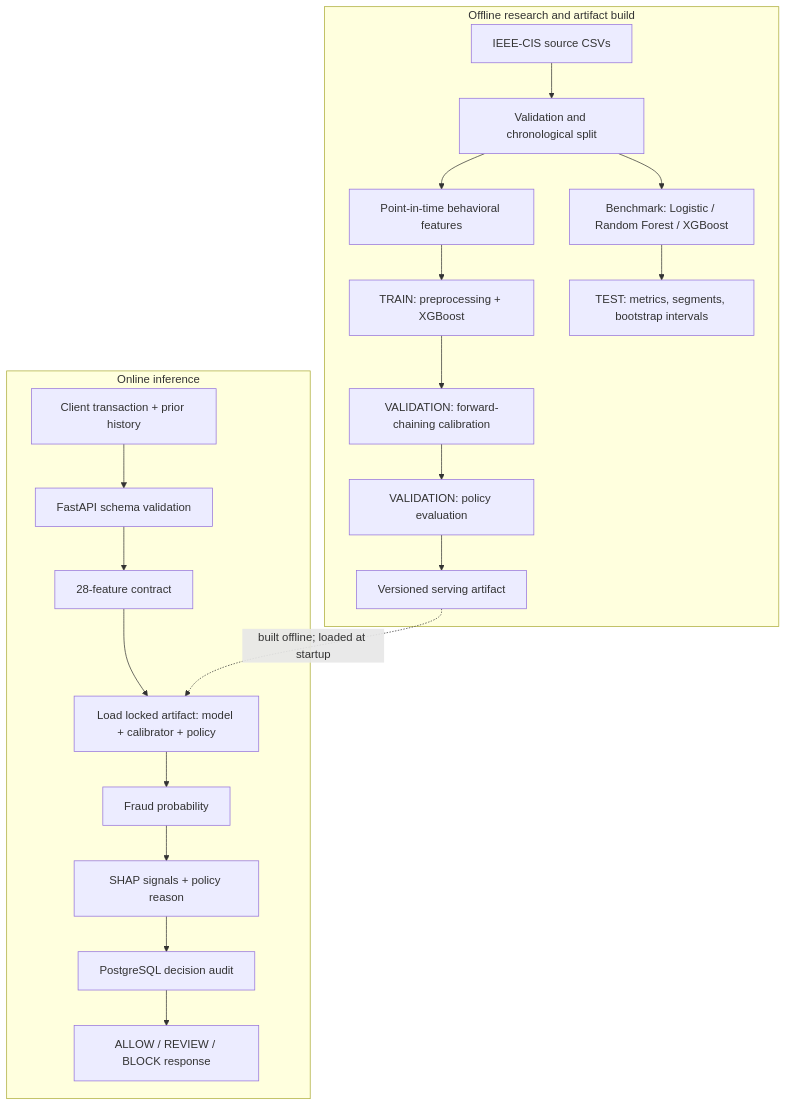
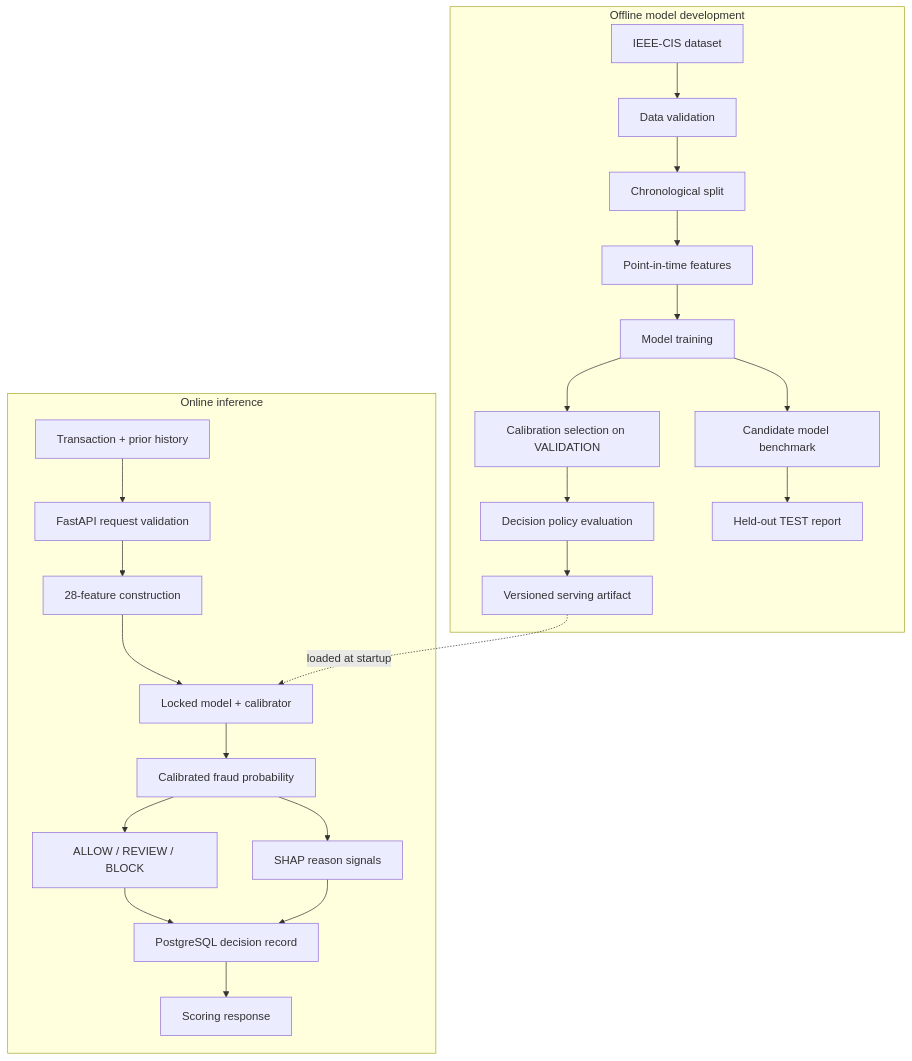
Before and after one commit to Sujeet-Kona/RiskForge: the first of 2 diagrams in README.md, drawn with Mermaid. The commit also changed other lines of this file and 11 other files, not shown here.

````diff
--- a/README.md
+++ b/README.md
@@ -40,23 +24,28 @@
 ```mermaid
 flowchart TB
-  subgraph Research["Offline research and artifact build"]
-    D["IEEE-CIS source CSVs"] --> V["Validation and chronological split"]
-    V --> F["Point-in-time behavioral features"]
-    F --> T["TRAIN: preprocessing + XGBoost"]
-    T --> C["VALIDATION: forward-chaining calibration"]
-    C --> P["VALIDATION: policy evaluation"]
-    P --> A["Versioned serving artifact"]
-    V --> E["Benchmark: Logistic / Random Forest / XGBoost"]
-    E --> R["TEST: metrics, segments, bootstrap intervals"]
+  subgraph OFFLINE["Offline model development"]
+    DATA["IEEE-CIS dataset"] --> VALID["Data validation"]
+    VALID --> SPLIT["Chronological split"]
+    SPLIT --> FEATURES["Point-in-time features"]
+    FEATURES --> TRAIN["Model training"]
+    TRAIN --> BENCH["Candidate model benchmark"]
+    TRAIN --> CAL["Calibration selection on VALIDATION"]
+    CAL --> POLICY["Decision policy evaluation"]
+    POLICY --> ARTIFACT["Versioned serving artifact"]
+    BENCH --> REPORT["Held-out TEST report"]
   end
-  subgraph Serving["Online inference"]
-    Q["Client transaction + prior history"] --> API["FastAPI schema validation"]
-    API --> FE["28-feature contract"]
-    FE --> M["Load locked artifact: model + calibrator + policy"]
-    M --> S["Fraud probability"]
-    S --> X["SHAP signals + policy reason"]
-    X --> DB["PostgreSQL decision audit"]
-    DB --> RESP["ALLOW / REVIEW / BLOCK response"]
+
+  subgraph SERVING["Online inference"]
+    REQUEST["Transaction + prior history"] --> API["FastAPI request validation"]
+    API --> BUILD["28-feature construction"]
+    BUILD --> MODEL["Locked model + calibrator"]
+    MODEL --> SCORE["Calibrated fraud probability"]
+    SCORE --> DECISION["ALLOW / REVIEW / BLOCK"]
+    SCORE --> EXPLAIN["SHAP reason signals"]
+    DECISION --> AUDIT["PostgreSQL decision record"]
+    EXPLAIN --> AUDIT
+    AUDIT --> RESPONSE["Scoring response"]
   end
-  A -. "built offline; loaded at startup" .-> M
+
+  ARTIFACT -. "loaded at startup" .-> MODEL
 ```
````
